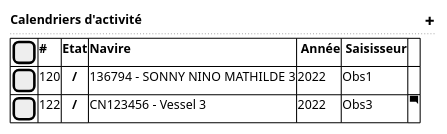
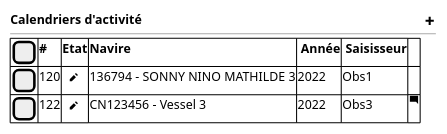
One commit to sumaris-net/sumaris-doc changed the diagram in projects/activity-calendar/spe/images/activity-calendar-table.puml. Above: the diagram before and after it, drawn with PlantUML. The commit also changed 11 other files, not shown here.

```diff
--- a/projects/activity-calendar/spe/images/activity-calendar-table.puml
+++ b/projects/activity-calendar/spe/images/activity-calendar-table.puml
@@ -1,13 +1,13 @@
 @startsalt
 {
   <b>Calendriers d'activité                                                                                        <&plus>
-  ..
+  --
 	{#
 
      [  ] | <b># | <b>Etat | <b>Navire   | <b> Année | <b> Saisisseur | .
-     [  ] | 120 | <b>   / | 136794 - SONNY NINO MATHILDE 3 | 2022 | Obs1 | .
-     [  ] | 122 | <b>   / | CN123456 - Vessel 3 | 2022 | Obs3 | <&comment-square>
+     [  ] | 120 | <b>  <&pencil> | 136794 - SONNY NINO MATHILDE 3 | 2022 | Obs1 | .
+     [  ] | 122 | <b>  <&pencil> | CN123456 - Vessel 3 | 2022 | Obs3 | <&comment-square>
     }
 
 }
 @endsalt
```
